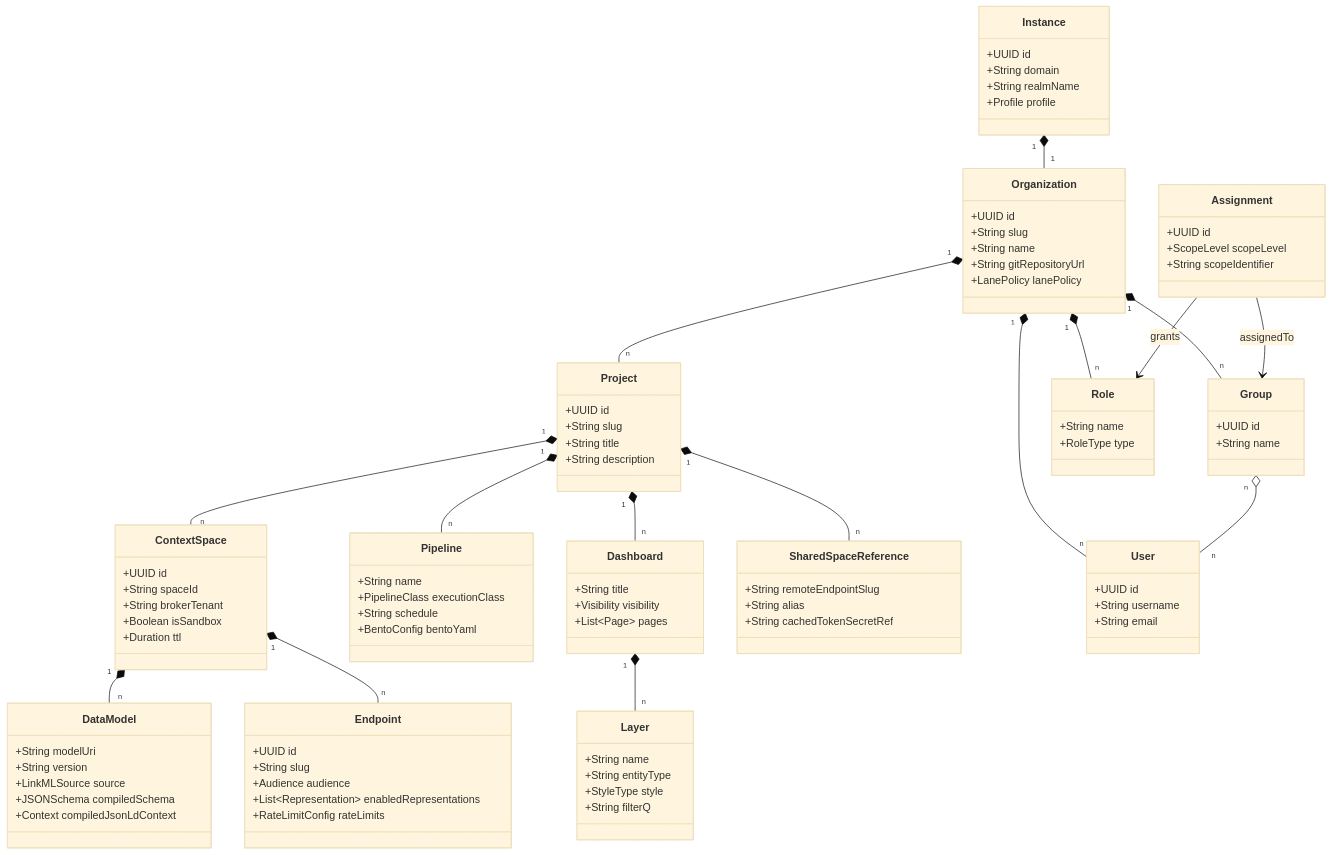
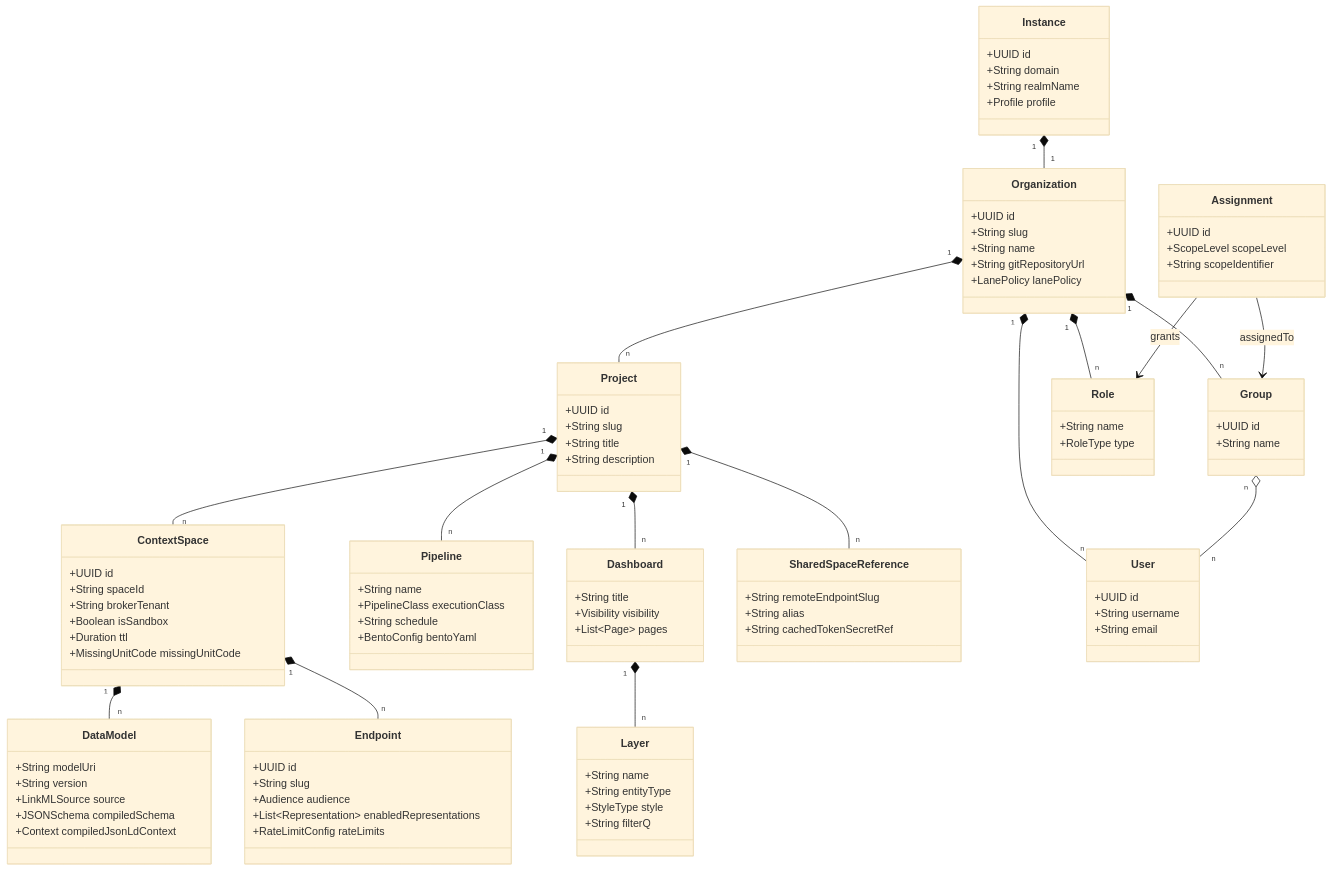
One commit to marek-mraz-jc/joinedcontext-docs changed the first of 2 diagrams in Architecture/03-domain-model.md. Above: the diagram before and after it, drawn with Mermaid (base theme). The commit also changed 3 other files, not shown here.

```diff
--- a/Architecture/03-domain-model.md
+++ b/Architecture/03-domain-model.md
@@ -40,6 +40,7 @@
         +String brokerTenant
         +Boolean isSandbox
         +Duration ttl
+        +MissingUnitCode missingUnitCode
     }
 
     class DataModel {
```
